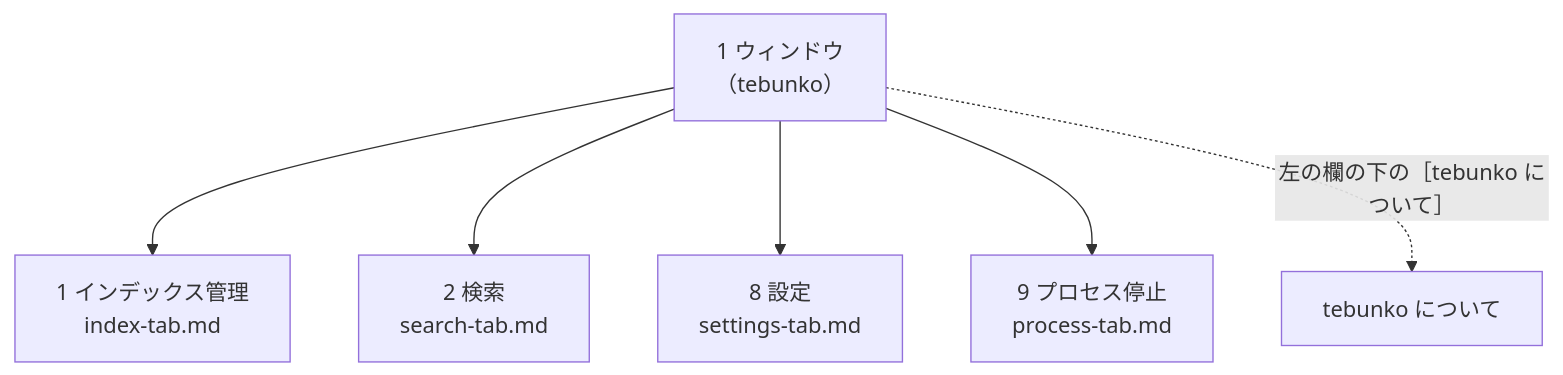
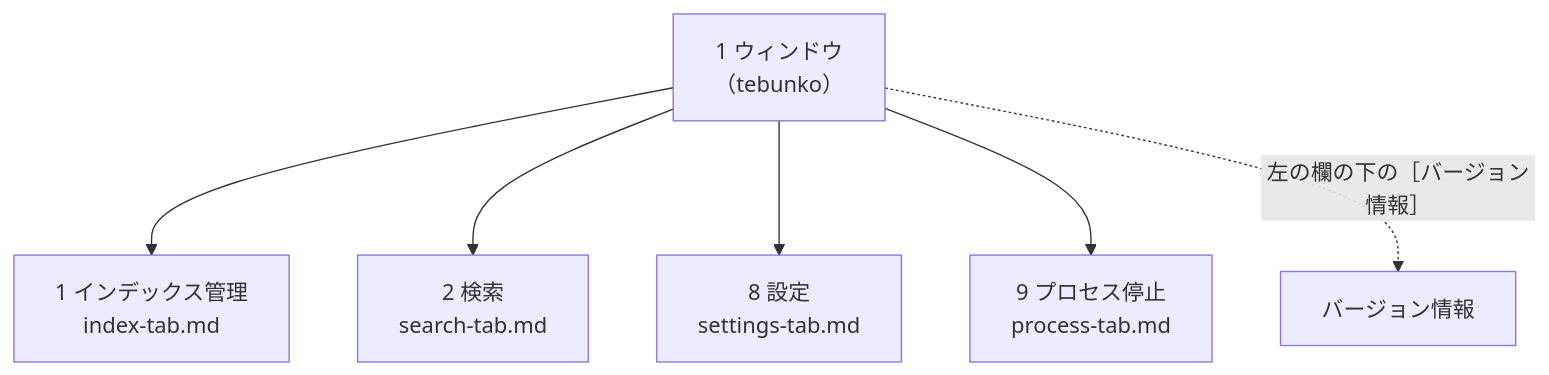
One commit to hsgwa/tebunko changed the first of 2 diagrams in docs/design/gui/index.md. Above: the diagram before and after it, drawn with Mermaid. The commit also changed other lines of this file and 56 other files, not shown here.

````diff
--- a/docs/design/gui/index.md
+++ b/docs/design/gui/index.md
@@ -16,9 +16,9 @@
 ```mermaid
 flowchart TB
     win["1 ウィンドウ<br>（tebunko）"]
     win --> t1["1 インデックス管理<br>index-tab.md"]
     win --> t2["2 検索<br>search-tab.md"]
     win --> t8["8 設定<br>settings-tab.md"]
     win --> t9["9 プロセス停止<br>process-tab.md"]
-    win -. "左の欄の下の［tebunko について］" .-> about["tebunko について"]
+    win -. "左の欄の下の［バージョン情報］" .-> about["バージョン情報"]
 ```
````
